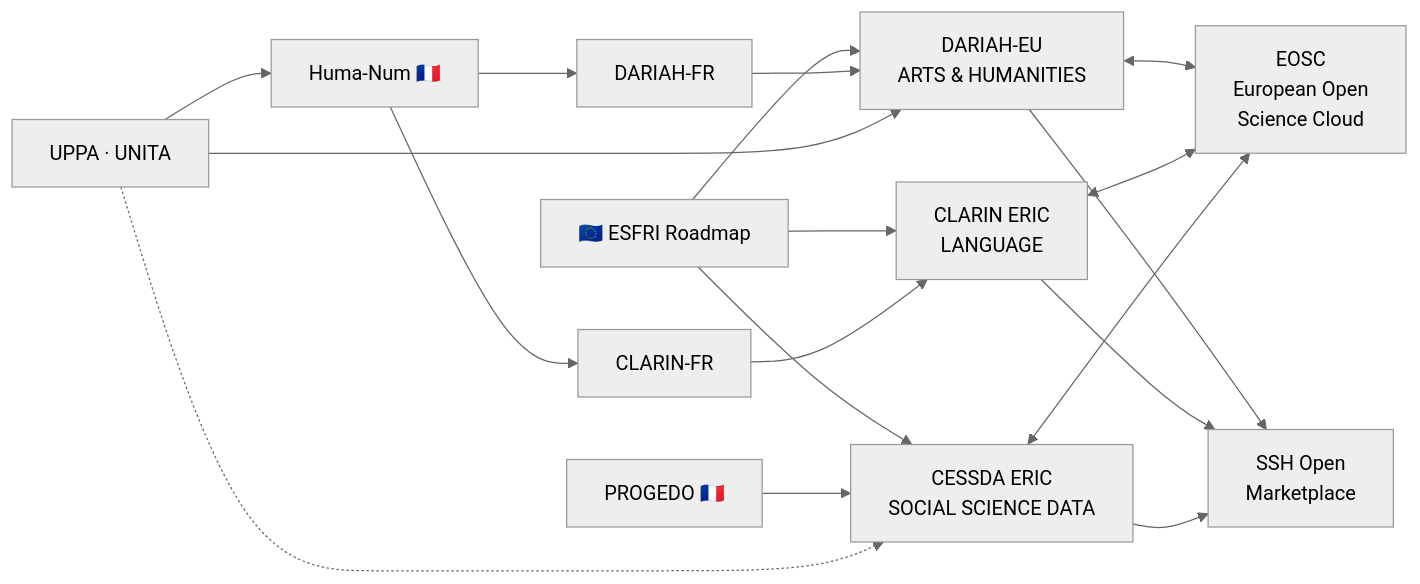
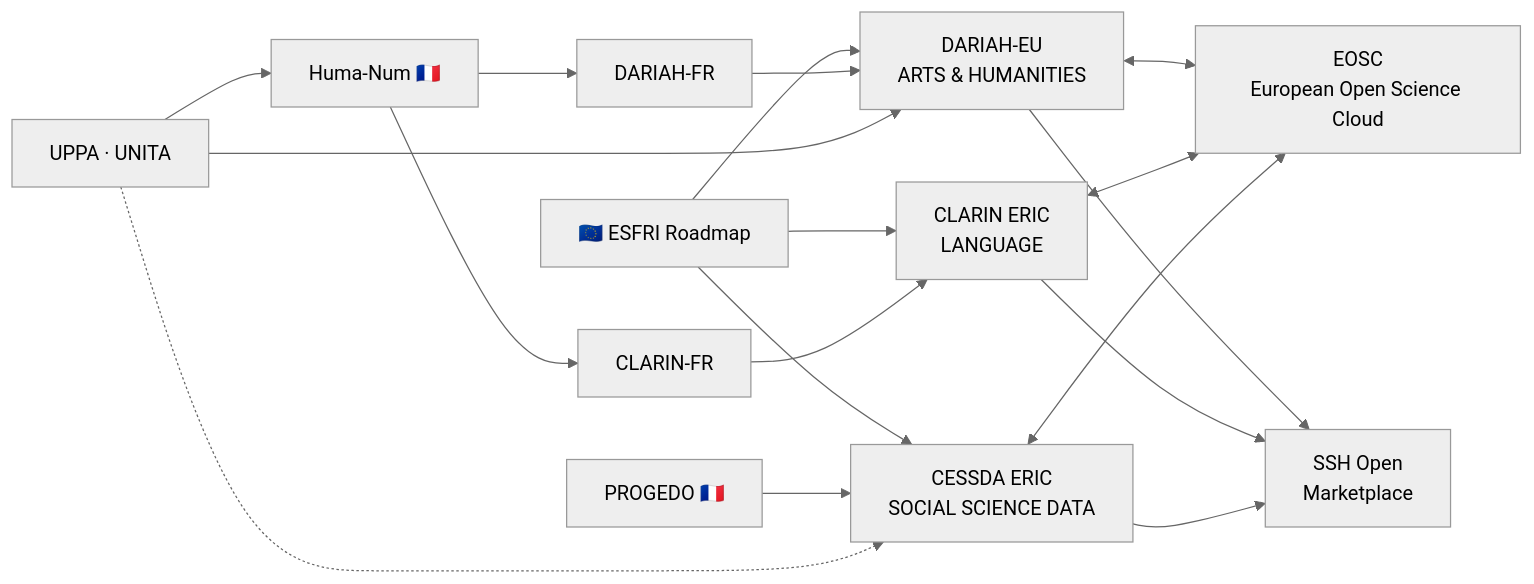
Before and after one commit to ujubib/ed-huma-num-dariah: the diagram in slides/index.qmd, drawn with Mermaid (neutral theme). The commit also changed other lines of this file and 31 other files, not shown here.

````diff
--- a/slides/index.qmd
+++ b/slides/index.qmd
@@ -336,30 +337,30 @@
 ```{mermaid}
 flowchart LR
     ESFRI["🇪🇺 ESFRI Roadmap"]
-    EOSC["EOSC\nEuropean Open<br/>Science Cloud"]
+    EOSC["EOSC<br/>European Open Science Cloud"]
     DARIAH["DARIAH-EU<br/>ARTS & HUMANITIES"]
     CLARIN["CLARIN ERIC<br/>LANGUAGE"]
     CESSDA["CESSDA ERIC<br/>SOCIAL SCIENCE DATA"]
     MARKET["SSH Open<br/>Marketplace"]
     HN["Huma-Num 🇫🇷"]
     DARIAH_FR["DARIAH-FR"]
     CLARIN_FR["CLARIN-FR"]
     PROGEDO["PROGEDO 🇫🇷"]
     UPPA["UPPA · UNITA"]
 
     ESFRI --> DARIAH
     ESFRI --> CLARIN
     ESFRI --> CESSDA
     DARIAH <--> EOSC
     CLARIN <--> EOSC
     CESSDA <--> EOSC
     DARIAH --> MARKET
     CLARIN --> MARKET
     CESSDA --> MARKET
     HN --> DARIAH_FR --> DARIAH
     HN --> CLARIN_FR --> CLARIN
     PROGEDO --> CESSDA
     UPPA --> HN
     UPPA --> DARIAH
     UPPA -.-> CESSDA
 ```
````
